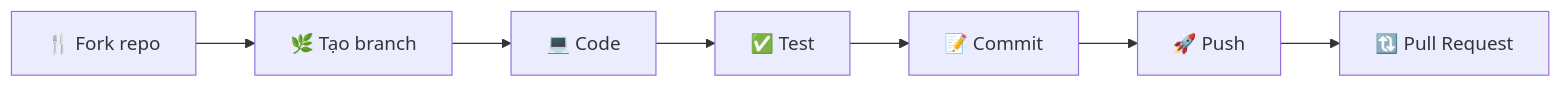
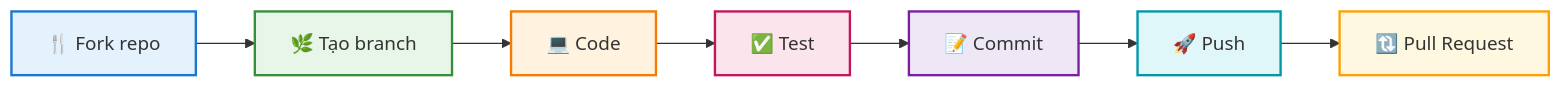
Before and after one commit to Trongdepzai-dev/onluyen-scraper-extension: the diagram in CONTRIBUTING.md, drawn with Mermaid. The commit also changed other lines of this file, not shown here.

````diff
--- a/CONTRIBUTING.md
+++ b/CONTRIBUTING.md
@@ -242,9 +242,17 @@
 ```mermaid
 graph LR
     A[🍴 Fork repo] --> B[🌿 Tạo branch]
     B --> C[💻 Code]
     C --> D[✅ Test]
     D --> E[📝 Commit]
     E --> F[🚀 Push]
     F --> G[🔃 Pull Request]
+    
+    style A fill:#E3F2FD,stroke:#1976D2,stroke-width:2px
+    style B fill:#E8F5E9,stroke:#388E3C,stroke-width:2px
+    style C fill:#FFF3E0,stroke:#F57C00,stroke-width:2px
+    style D fill:#FCE4EC,stroke:#C2185B,stroke-width:2px
+    style E fill:#EDE7F6,stroke:#7B1FA2,stroke-width:2px
+    style F fill:#E0F7FA,stroke:#0097A7,stroke-width:2px
+    style G fill:#FFF8E1,stroke:#FFA000,stroke-width:2px
 ```
````
